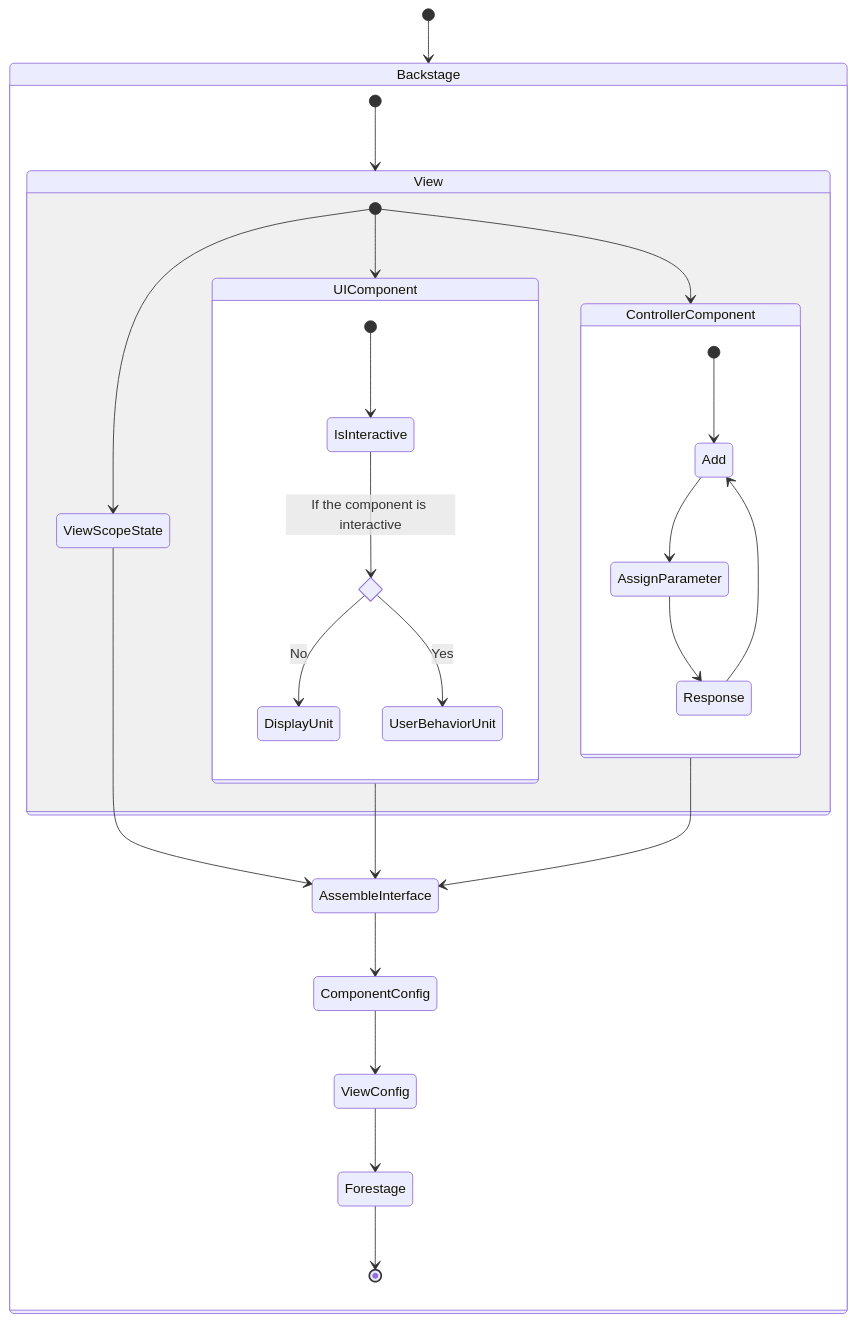
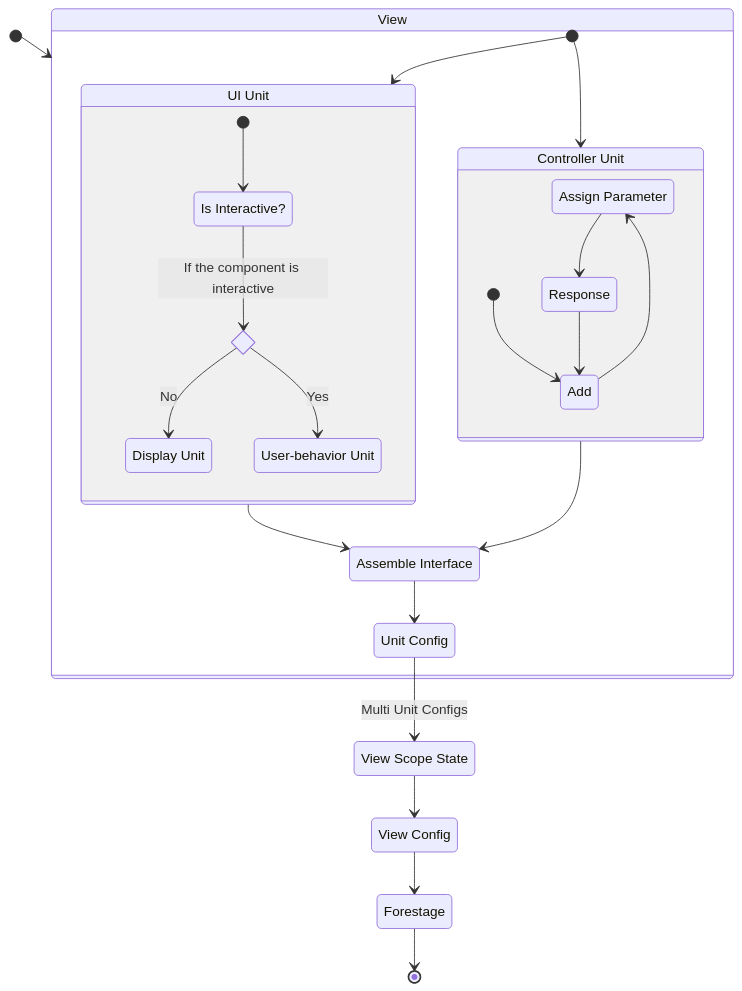
The diagram in master-notes/NOTE/docs/10@future-project-plan/1@portal/4@backstage.md (SiegeSailor/vault-personal), drawn with Mermaid before and after one commit. The commit also changed other lines of this file and 7 other files, not shown here.

Commit message:
Modify all state diagram Add operation-system content

````diff
--- a/master-notes/NOTE/docs/10@future-project-plan/1@portal/4@backstage.md
+++ b/master-notes/NOTE/docs/10@future-project-plan/1@portal/4@backstage.md
@@ -25,38 +25,45 @@
 ```mermaid
 stateDiagram-v2
     direction TB
-    [*] --> Backstage
-    state Backstage {
-      direction TB
-      [*] --> View
-      state View {
-        direction LR
-        [*] --> UIComponent
-        [*] --> ControllerComponent
-        [*] --> ViewScopeState
-        UIComponent --> AssembleInterface
-        state UIComponent {
-          state if_state <<choice>>
-          [*] --> IsInteractive
-          IsInteractive --> if_state : If the component is interactive
-          if_state --> DisplayUnit : No
-          if_state --> UserBehaviorUnit : Yes
-        }
-        state ControllerComponent {
-          direction TB
-          [*] --> Add
-          Add --> AssignParameter
-          AssignParameter --> Response
-          Response --> Add
-        }
+    UIUnit: UI Unit
+    ControllerUnit: Controller Unit
+    ViewScopeState: View Scope State
+    AssembleInterface: Assemble Interface
+    IsInteractive: Is Interactive?
+    DisplayUnit: Display Unit
+    UserBehaviorUnit: User-behavior Unit
+    AssignParameter: Assign Parameter
+    UnitConfig: Unit Config
+    ViewConfig: View Config
 
-        ViewScopeState --> AssembleInterface
-        ControllerComponent --> AssembleInterface
+    [*] --> View
+    state View {
+      direction LR
+      [*] --> UIUnit
+      [*] --> ControllerUnit
+      UIUnit --> AssembleInterface
+      state UIUnit {
+        state if_state <<choice>>
+        [*] --> IsInteractive
+        IsInteractive --> if_state : If the component is interactive
+        if_state --> DisplayUnit : No
+        if_state --> UserBehaviorUnit : Yes
+      }
+      state ControllerUnit {
+        direction TB
+        [*] --> Add
+        Add --> AssignParameter
+        AssignParameter --> Response
+        Response --> Add
       }
 
-      AssembleInterface --> ComponentConfig
-      ComponentConfig --> ViewConfig
-      ViewConfig --> Forestage
-      Forestage --> [*]
+
+      ControllerUnit --> AssembleInterface
+      AssembleInterface --> UnitConfig
     }
+
+    UnitConfig --> ViewScopeState : Multi Unit Configs
+    ViewScopeState --> ViewConfig
+    ViewConfig --> Forestage
+    Forestage --> [*]
 ```
````
